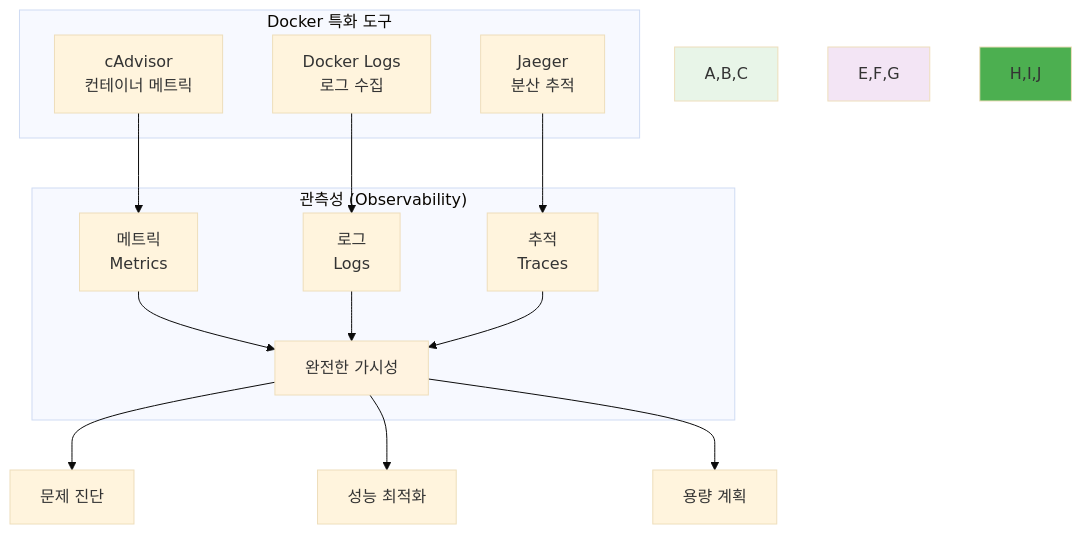
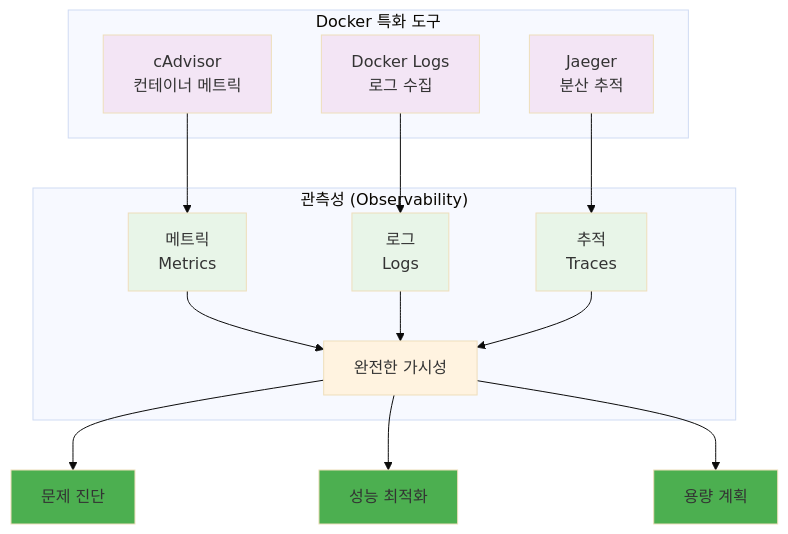
One commit to niceguy61/kdt_devops_lecture_2025 changed the eighth of 14 diagrams in theory/week_02/day4/README_corrected.md. Above: the diagram before and after it, drawn with Mermaid (base theme). The commit also changed other lines of this file and 63 other files, not shown here.

````diff
--- a/theory/week_02/day4/README_corrected.md
+++ b/theory/week_02/day4/README_corrected.md
@@ -295,23 +316,29 @@
 ```mermaid
 graph TB
     subgraph "관측성 (Observability)"
         A[메트릭<br/>Metrics] --> D[완전한 가시성]
         B[로그<br/>Logs] --> D
         C[추적<br/>Traces] --> D
     end
     
     subgraph "Docker 특화 도구"
         E[cAdvisor<br/>컨테이너 메트릭] --> A
         F[Docker Logs<br/>로그 수집] --> B
         G[Jaeger<br/>분산 추적] --> C
     end
     
     D --> H[문제 진단]
     D --> I[성능 최적화]
     D --> J[용량 계획]
     
-    style A,B,C fill:#e8f5e8
+    style A fill:#e8f5e8
+    style B fill:#e8f5e8
+    style C fill:#e8f5e8
     style D fill:#fff3e0
-    style E,F,G fill:#f3e5f5
-    style H,I,J fill:#4caf50
+    style E fill:#f3e5f5
+    style F fill:#f3e5f5
+    style G fill:#f3e5f5
+    style H fill:#4caf50
+    style I fill:#4caf50
+    style J fill:#4caf50
 ```
````
